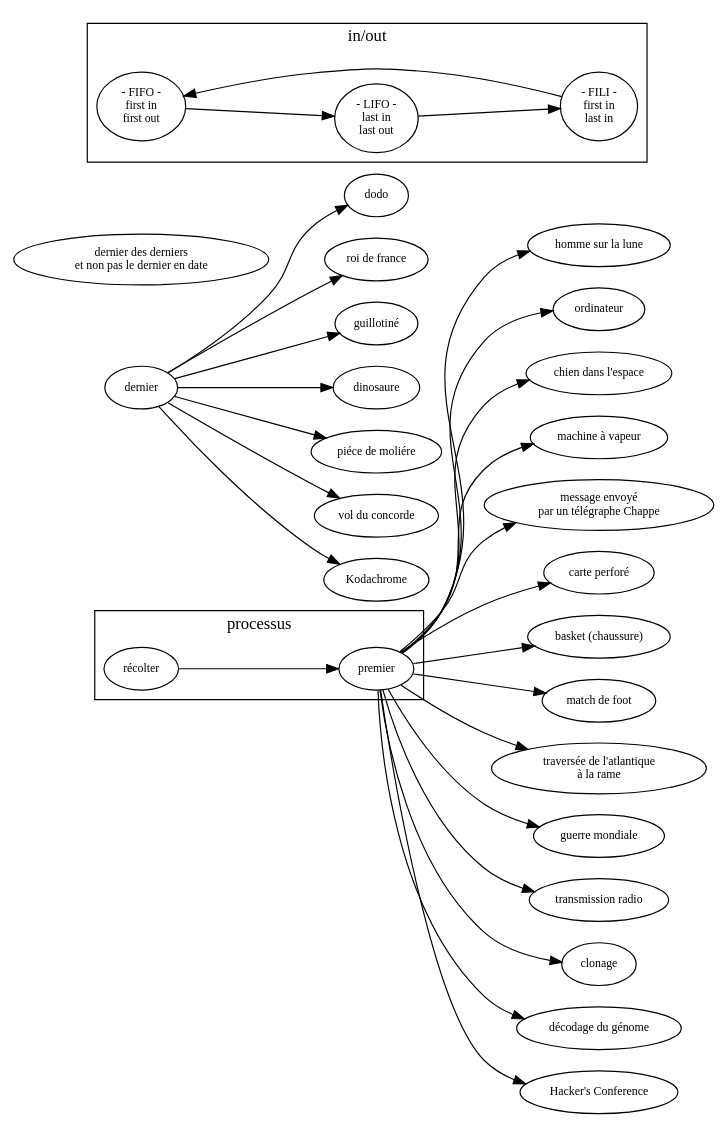
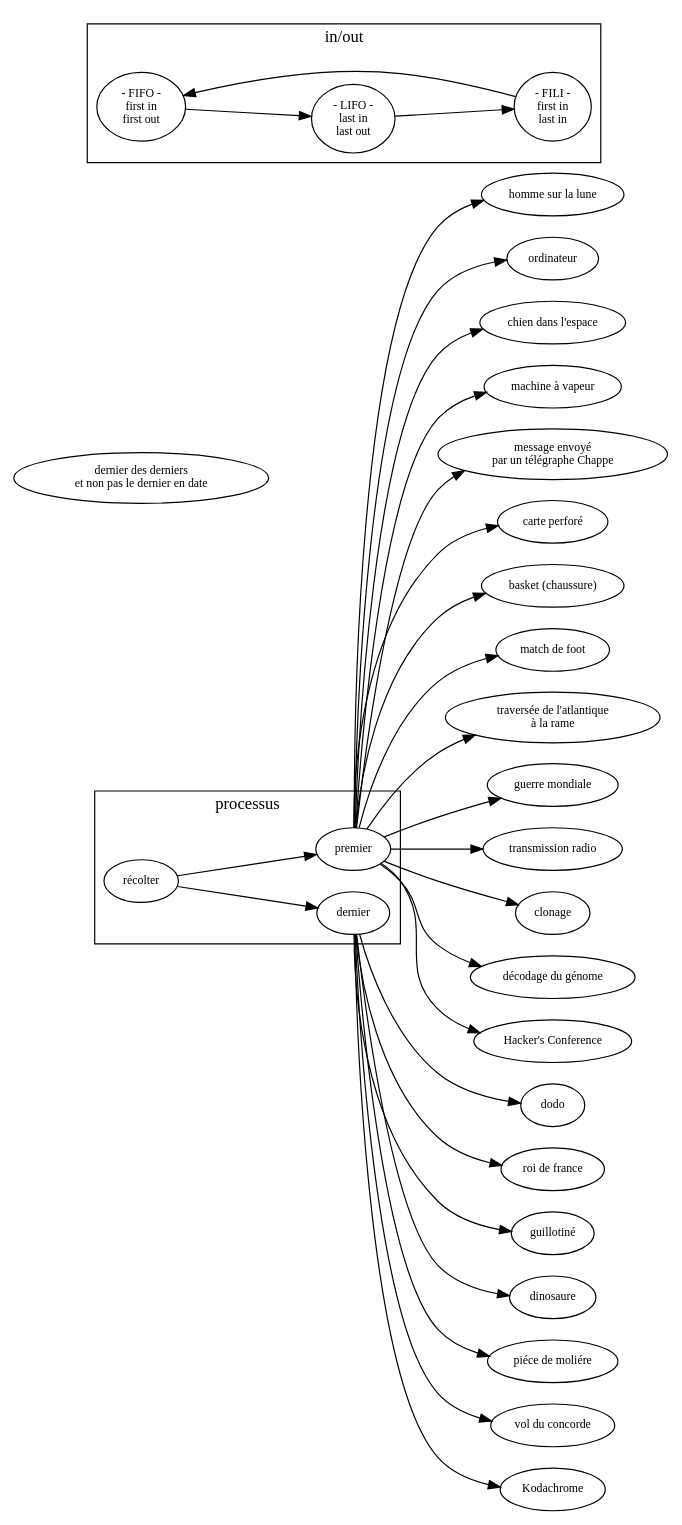
One commit to ensad-nancy/first-last changed the diagram in sujet.dot. Above: the diagram before and after it, drawn with Graphviz.

Commit message:
+		get -> {first, last}

```diff
--- a/sujet.dot
+++ b/sujet.dot
@@ -1,63 +1,63 @@
 digraph {
 
 	layout= "dot"
 	
 
 	fontname="myriadpro"
 	fontsize = 14
 	rankdir="LR"
 	
 	
 	node [fontname="myriadpro", fontsize = 10]
 	edge [fontname="monaco", fontsize = 9]
 	
 	first [label="premier"]
 	last [label="dernier"]
 	
 	"dernier des derniers\n et non pas le dernier en date" 
 
 	first -> "homme sur la lune"
 	first -> "ordinateur"
 	first -> "chien dans l'espace"
 	first -> "machine à vapeur"
 	first -> "message envoyé\npar un télégraphe Chappe"
 	first -> "carte perforé"
 	first -> "basket (chaussure)"
 	first -> "match de foot"
 	first -> "traversée de l'atlantique\nà la rame"
 	first -> "guerre mondiale"
 	first -> "transmission radio"
 	first -> "clonage"
 	first -> "décodage du génome"
 	first -> "Hacker's Conference"
 	
 	last -> dodo
 	last -> "roi de france"
 	last -> "guillotiné"
 	last -> "dinosaure"
 	last -> "piéce de moliére"
 	last -> "vol du concorde"
 	last -> "Kodachrome"
 
 	subgraph cluster_FO{
 	
 		label="in/out"
 		
 		FIFO [label="- FIFO -\nfirst in\nfirst out"]
 		LIFO [label="- LIFO -\nlast in\nlast out"]
 		FILI [label="- FILI -\nfirst in\n last in"]
 
 		FILI -> FIFO -> LIFO -> FILI
 	}
 	
 	subgraph cluster_process {
 		
 		label="processus"
 		
 		get [label="récolter"]
 		
-		get -> first
+		get -> {first, last}
 	
 	}
 	
 }
```
